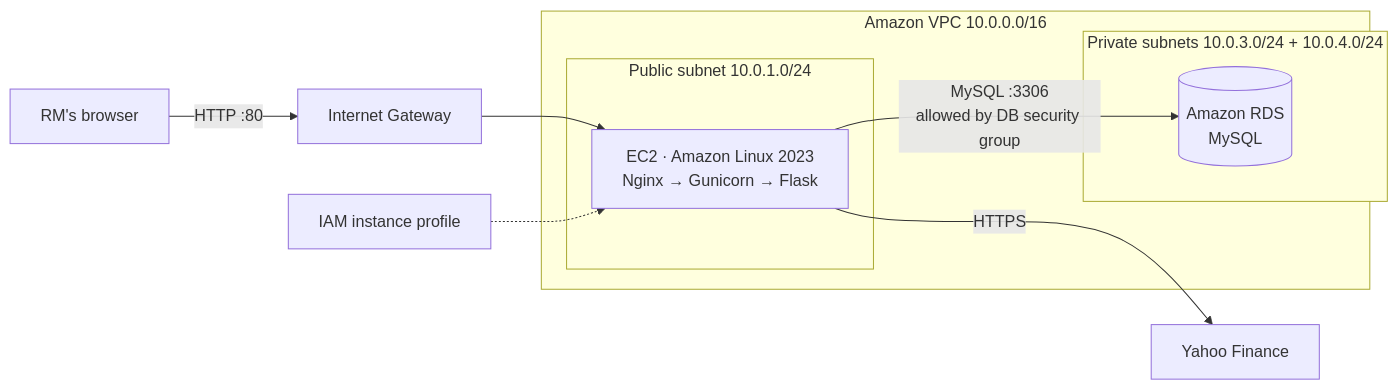
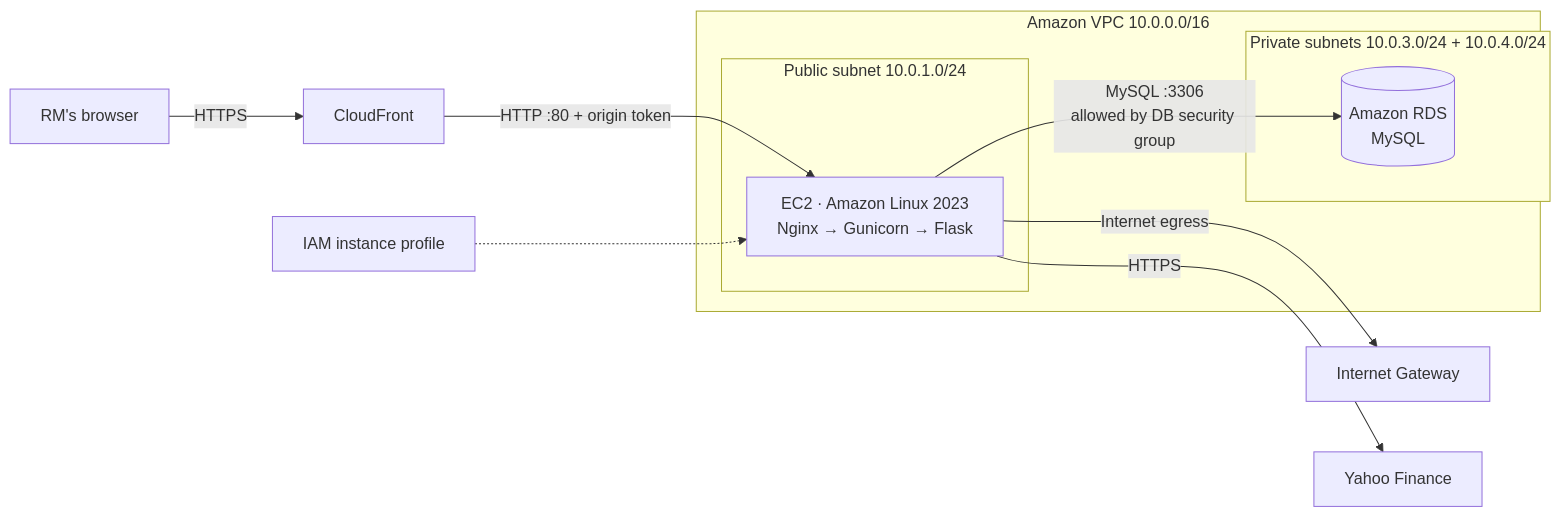
The diagram in README.md (pujoglekar2026/DS600-Group-Proj), drawn with Mermaid before and after one commit. The commit also changed other lines of this file and 6 other files, not shown here.

````diff
--- a/README.md
+++ b/README.md
@@ -35,16 +35,17 @@
 ```mermaid
 flowchart LR
-    U[RM's browser] -->|HTTP :80| IGW[Internet Gateway]
+    U[RM's browser] -->|HTTPS| CF[CloudFront]
     subgraph VPC["Amazon VPC 10.0.0.0/16"]
         subgraph PUB["Public subnet 10.0.1.0/24"]
             EC2["EC2 · Amazon Linux 2023<br/>Nginx → Gunicorn → Flask"]
         end
         subgraph PRIV["Private subnets 10.0.3.0/24 + 10.0.4.0/24"]
             RDS[("Amazon RDS<br/>MySQL")]
         end
         EC2 -->|MySQL :3306<br/>allowed by DB security group| RDS
     end
-    IGW --> EC2
+    CF -->|HTTP :80 + origin token| EC2
+    EC2 -->|Internet egress| IGW[Internet Gateway]
     EC2 -->|HTTPS| YF[Yahoo Finance]
     IAM[IAM instance profile] -.-> EC2
 ```
````
